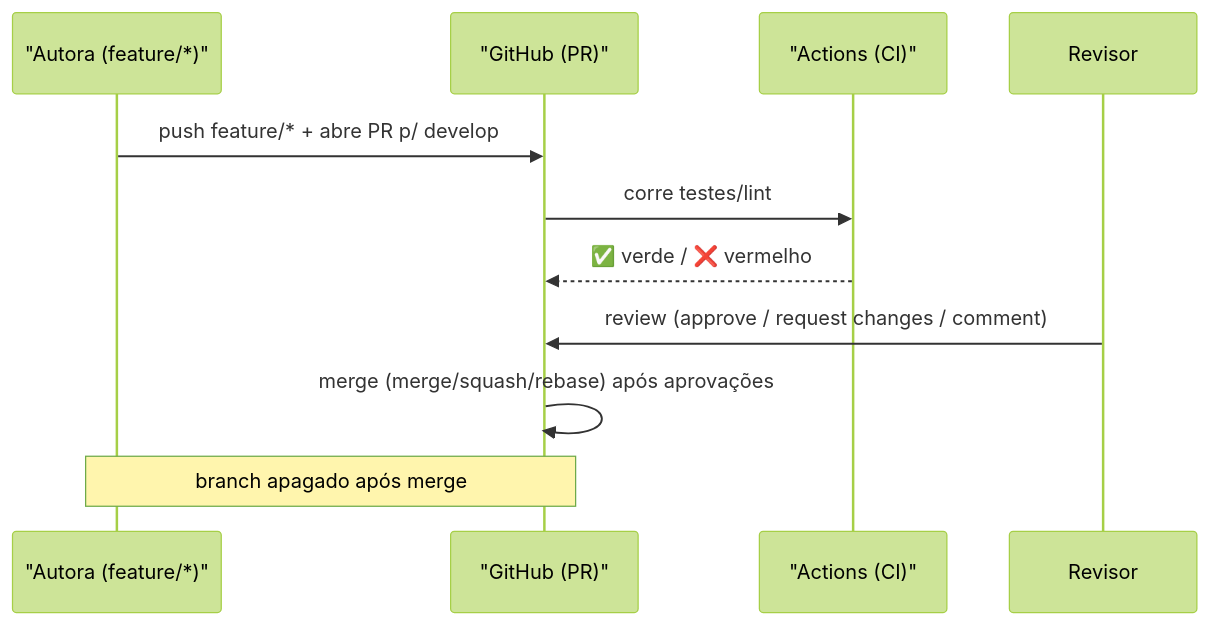
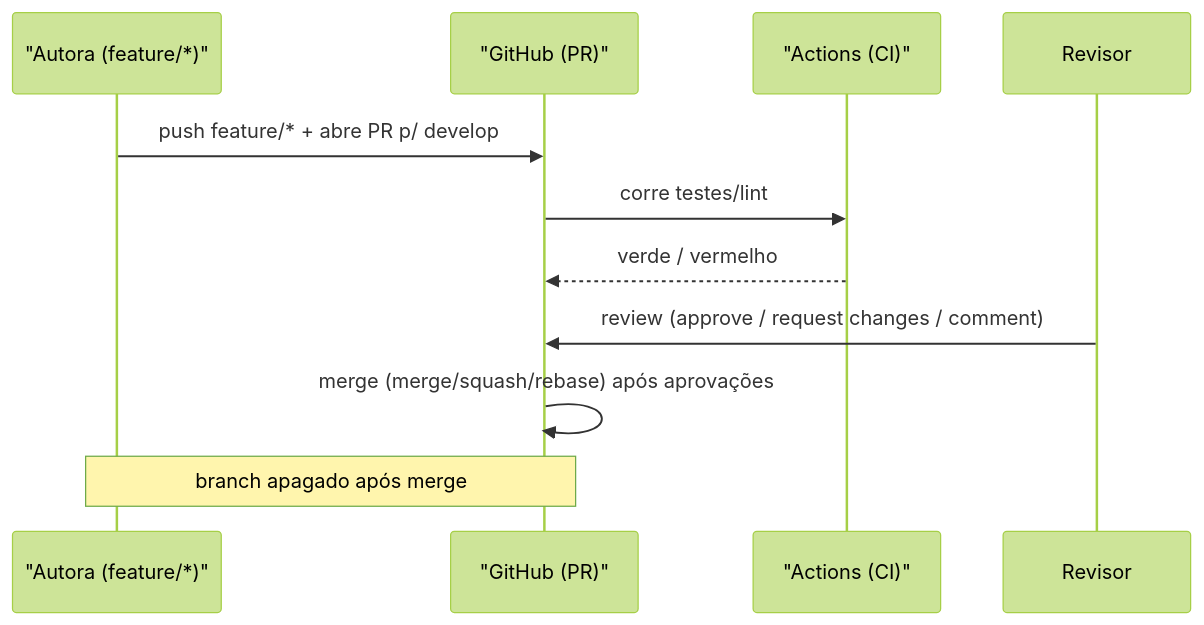
Before and after one commit to BerniloBernardo-boot/Git-e-GitHub: the first of 2 diagrams in 06-Pull-Requests-e-Code-Review/01-pull-requests-e-code-review.md, drawn with Mermaid (forest theme). The commit also changed other lines of this file and 27 other files, not shown here.

````diff
--- a/06-Pull-Requests-e-Code-Review/01-pull-requests-e-code-review.md
+++ b/06-Pull-Requests-e-Code-Review/01-pull-requests-e-code-review.md
@@ -9,13 +12,13 @@
 ```mermaid
 sequenceDiagram
     participant A as "Autora (feature/*)"
     participant GH as "GitHub (PR)"
     participant CI as "Actions (CI)"
     participant R as Revisor
     A->>GH: push feature/* + abre PR p/ develop
     GH->>CI: corre testes/lint
-    CI-->>GH: ✅ verde / ❌ vermelho
+    CI-->>GH: verde / vermelho
     R->>GH: review (approve / request changes / comment)
     GH->>GH: merge (merge/squash/rebase) após aprovações
     Note over A,GH: branch apagado após merge
 ```
````
